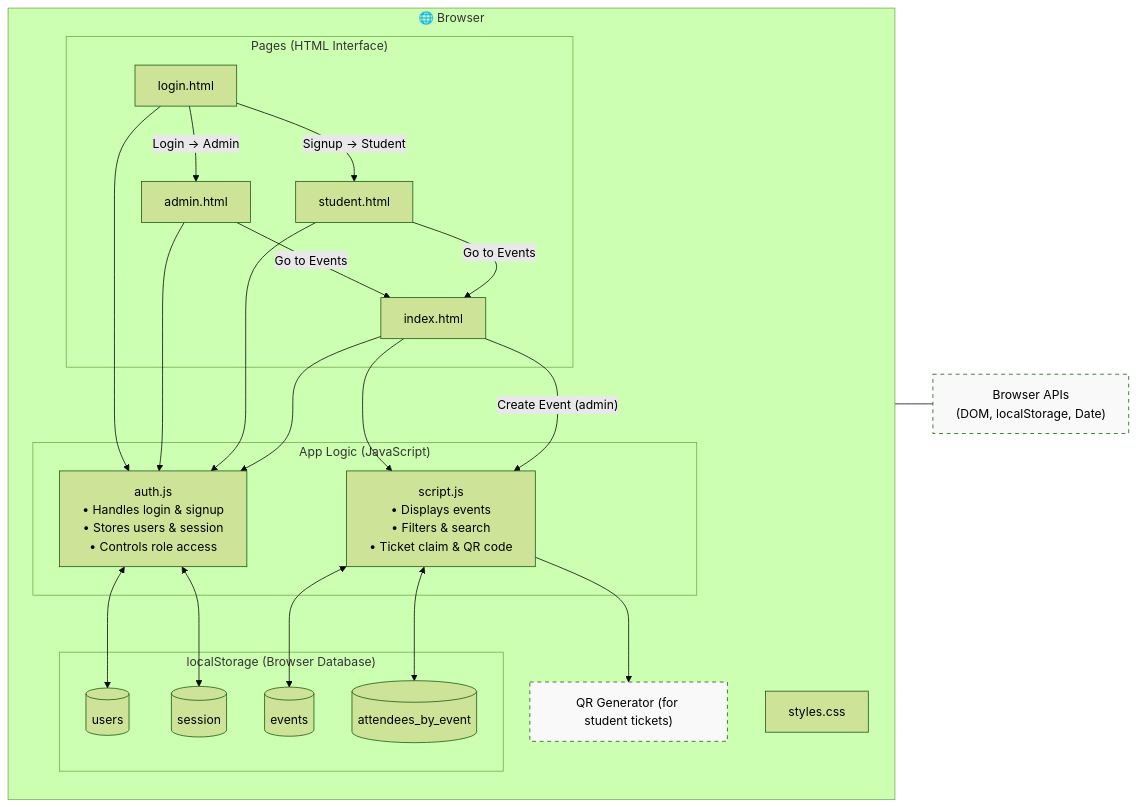
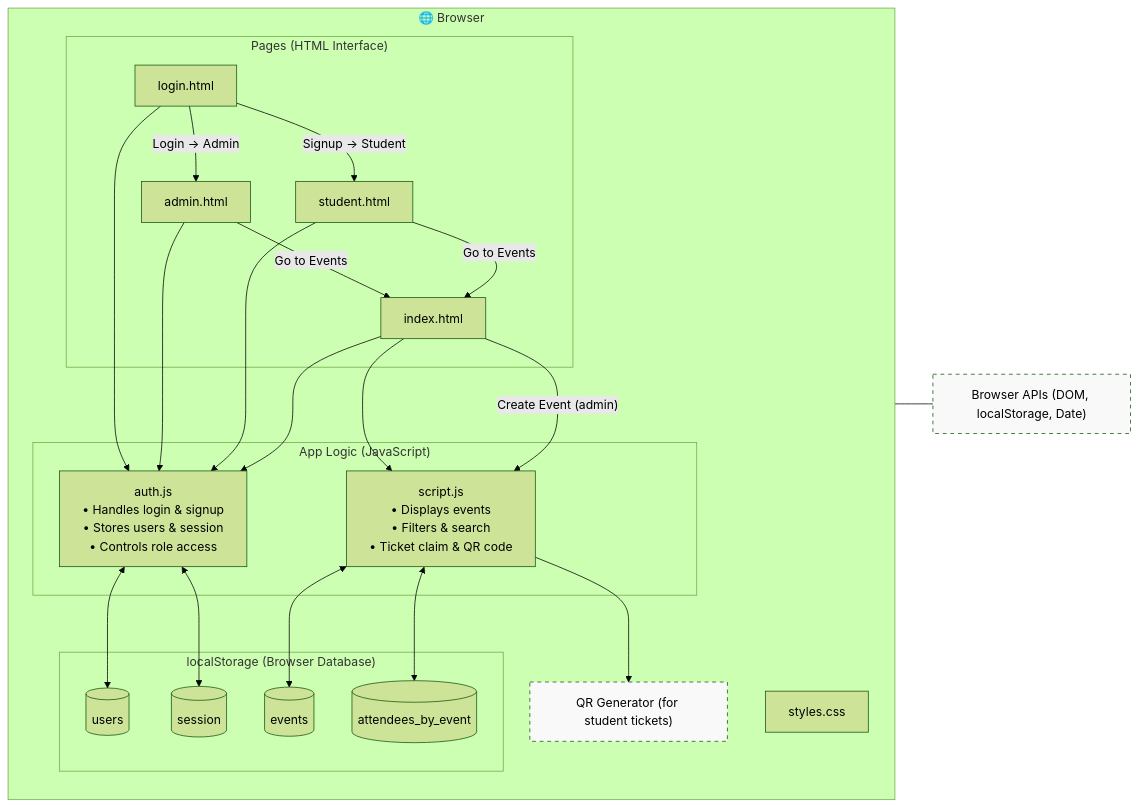
The diagram in block_diagram.mmd (MarcElHaddad1/SOEN-341), drawn with Mermaid (forest theme) before and after one commit.

```diff
--- a/block_diagram.mmd
+++ b/block_diagram.mmd
@@ -1,61 +1,61 @@
 flowchart LR
   %% ========== MAIN APP ==========
   subgraph Browser["🌐 Browser "]
     
     %% Pages Layer
     subgraph Pages[" Pages (HTML Interface)"]
       L[login.html]
       A[admin.html]
       S[student.html]
       I[index.html]
     end
 
     %% Logic Layer
     subgraph Logic[" App Logic (JavaScript)"]
       AUTH["auth.js\n• Handles login & signup\n• Stores users & session\n• Controls role access"]
       SCR["script.js\n• Displays events\n• Filters & search\n• Ticket claim & QR code"]
     end
 
     %% Data Layer
     subgraph Data[" localStorage (Browser Database)"]
       USERS[(users)]
       SESSION[(session)]
       EVENTS[(events)]
       ATTENDEES[(attendees_by_event)]
     end
 
     %% Styling
     STY[styles.css]
 
     %% Page connections
     L --> AUTH
     A --> AUTH
     S --> AUTH
     I --> AUTH
     I --> SCR
 
     %% Logic <-> Data
     AUTH <--> USERS
     AUTH <--> SESSION
     SCR  <--> EVENTS
     SCR  <--> ATTENDEES
 
     %% Navigation flow
     L -- "Login → Admin" --> A
     L -- "Signup → Student" --> S
     A -- "Go to Events" --> I
     S -- "Go to Events" --> I
 
     %% Admin-only function
     I -- "Create Event (admin)" --> SCR
 
     %% Utility
     QR["QR Generator (for student tickets)"]:::util
     SCR --> QR
 
     classDef util stroke-dasharray:5 5, fill:#f9f9f9;
   end
 
   %% External dependencies
-  BAPI["Browser APIs\n(DOM, localStorage, Date)"]:::util
+  BAPI["Browser APIs (DOM, localStorage, Date)"]:::util
   Browser --- BAPI
```
